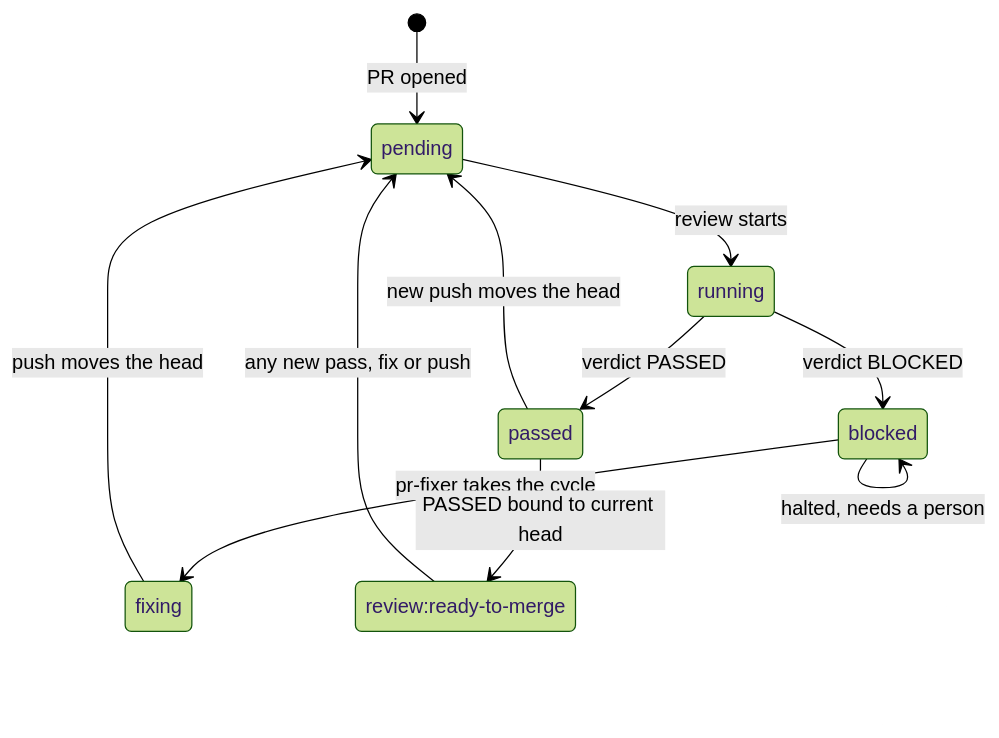
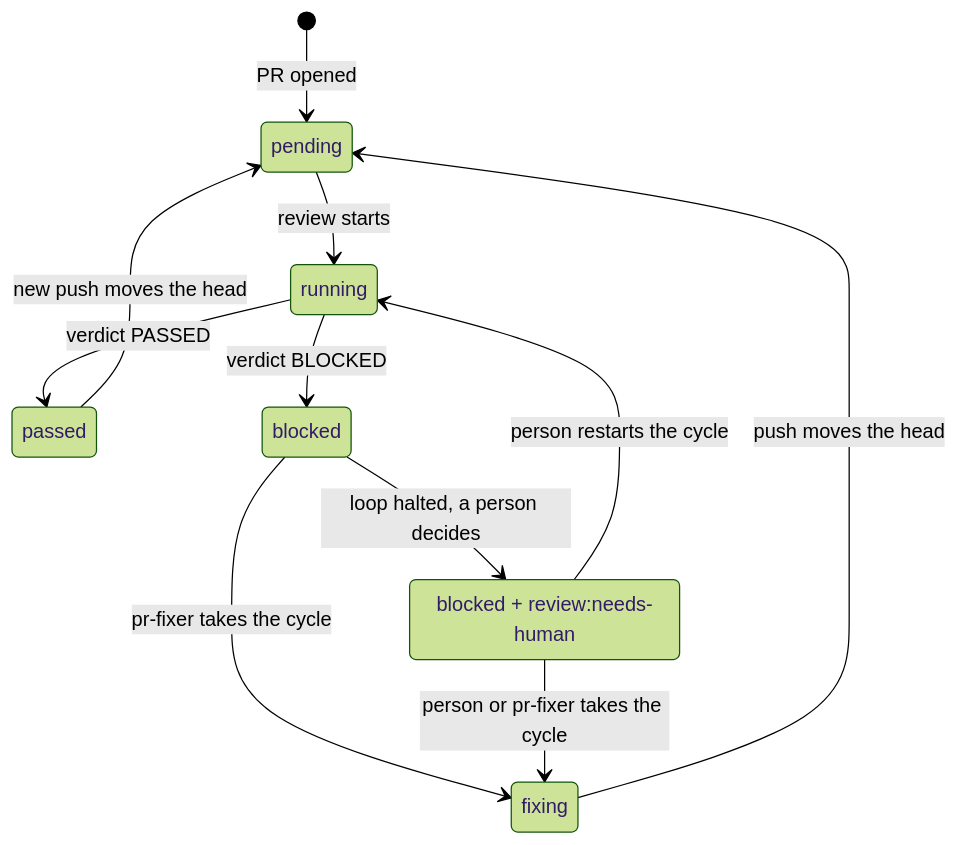
Before and after one commit to jonyfs/pr-reviewer-fixer: the diagram in docs/diagrams/03-label-states.mmd, drawn with Mermaid (forest theme). The commit also changed 95 other files, not shown here.

First line of the commit message:
Release 0.1.0: versioning, update notice, needs-human label, .agents/skills layout

```diff
--- a/docs/diagrams/03-label-states.mmd
+++ b/docs/diagrams/03-label-states.mmd
@@ -1,12 +1,12 @@
 stateDiagram-v2
     [*] --> pending: PR opened
     pending --> running: review starts
     running --> passed: verdict PASSED
     running --> blocked: verdict BLOCKED
     blocked --> fixing: pr-fixer takes the cycle
     fixing --> pending: push moves the head
     passed --> pending: new push moves the head
-    passed --> ready_to_merge: PASSED bound to current head
-    ready_to_merge --> pending: any new pass, fix or push
-    blocked --> blocked: halted, needs a person
-    state "review:ready-to-merge" as ready_to_merge
+    blocked --> needs_human: loop halted, a person decides
+    needs_human --> running: person restarts the cycle
+    needs_human --> fixing: person or pr-fixer takes the cycle
+    state "blocked + review:needs-human" as needs_human
```
